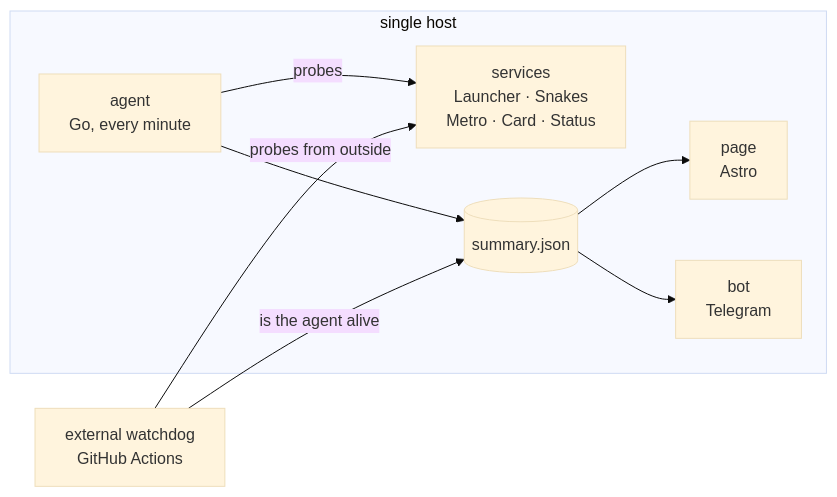
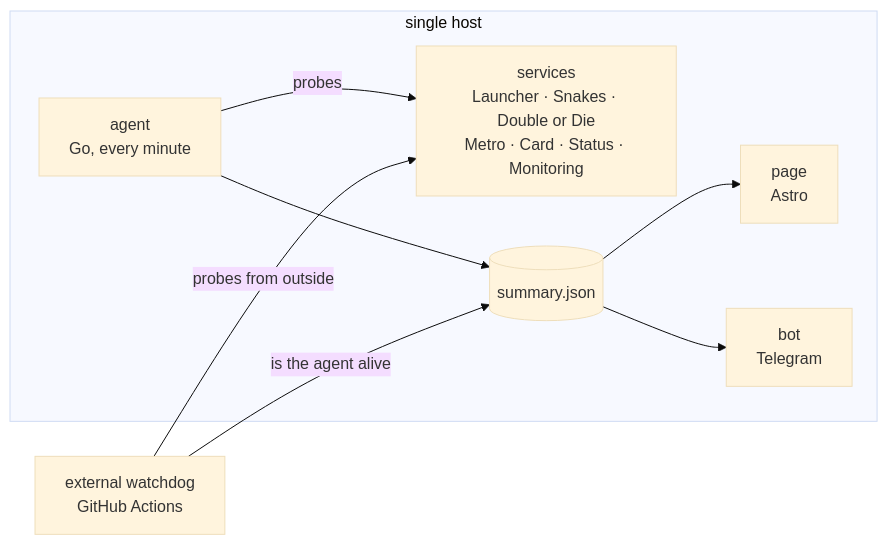
The diagram in README.en.md (tr0llex/Samoy.love-Status), drawn with Mermaid (base theme) before and after one commit. The commit also changed other lines of this file and 6 other files, not shown here.

````diff
--- a/README.en.md
+++ b/README.en.md
@@ -25,17 +25,17 @@
 ```mermaid
 flowchart LR
     subgraph host["single host"]
-        svc["services<br/>Launcher · Snakes<br/>Metro · Card · Status"]
+        svc["services<br/>Launcher · Snakes · Double or Die<br/>Metro · Card · Status · Monitoring"]
         agent["agent<br/>Go, every minute"]
         json[("summary.json")]
         page["page<br/>Astro"]
         bot["bot<br/>Telegram"]
         agent -->|probes| svc
         agent --> json
         json --> page
         json --> bot
     end
     watch["external watchdog<br/>GitHub Actions"]
     watch -->|probes from outside| svc
     watch -->|is the agent alive| json
 ```
````
